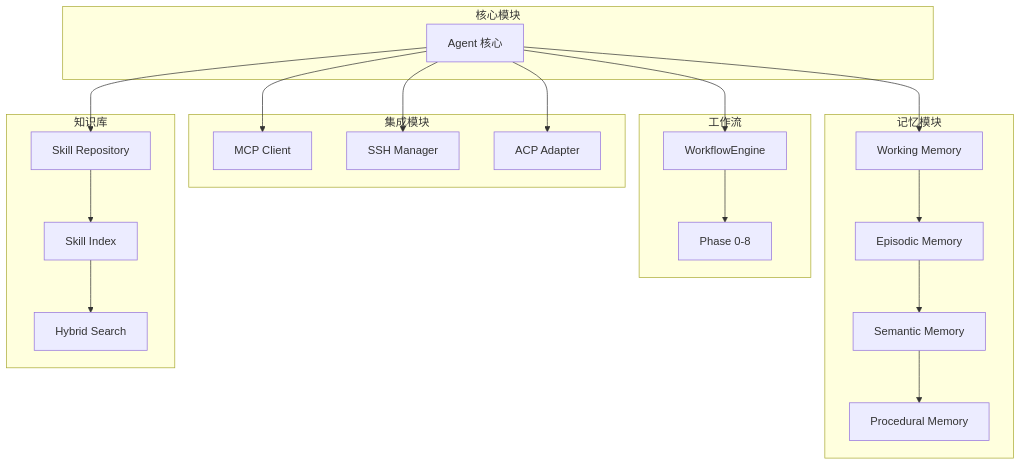
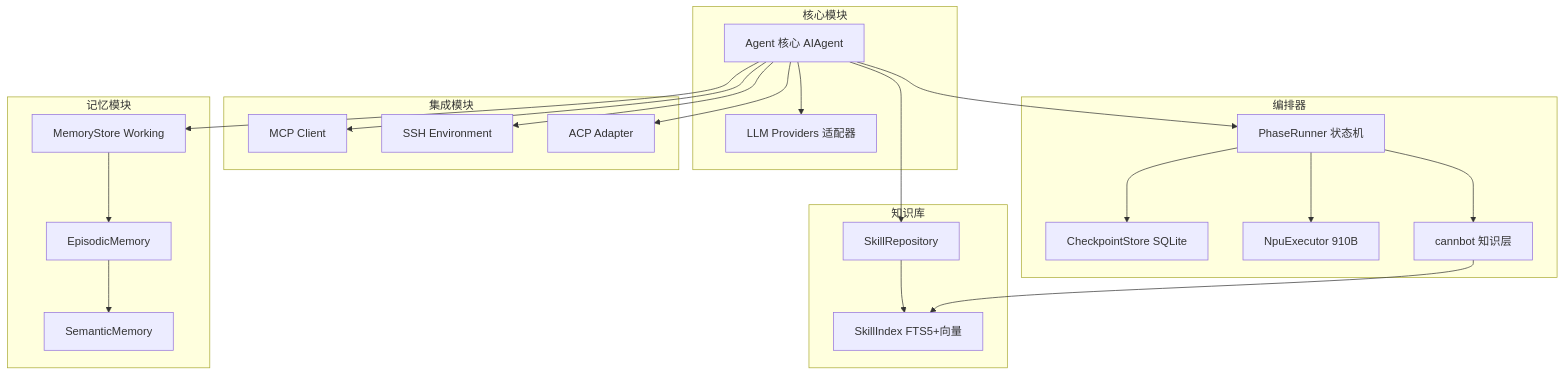
One commit to SimmerChan/ascend_op_agent changed the diagram in docs/modules/README.md. Above: the diagram before and after it, drawn with Mermaid. The commit also changed other lines of this file and 20 other files, not shown here.

````diff
--- a/docs/modules/README.md
+++ b/docs/modules/README.md
@@ -34,30 +35,33 @@
 ```mermaid
 graph TB
     subgraph Core["核心模块"]
-        A[Agent 核心]
+        A[Agent 核心 AIAgent]
+        LL[LLM Providers 适配器]
     end
 
-    subgraph Workflow["工作流"]
-        A --> B[WorkflowEngine]
-        B --> C[Phase 0-8]
+    subgraph Orchestrator["编排器"]
+        A --> PR[PhaseRunner 状态机]
+        PR --> CK[CheckpointStore SQLite]
+        PR --> NE[NpuExecutor 910B]
+        PR --> CL[cannbot 知识层]
     end
 
     subgraph Integration["集成模块"]
         A --> D[MCP Client]
-        A --> E[SSH Manager]
+        A --> E[SSH Environment]
         A --> F[ACP Adapter]
+        A --> LL
     end
 
     subgraph Memory["记忆模块"]
-        A --> G[Working Memory]
-        G --> H[Episodic Memory]
-        H --> I[Semantic Memory]
-        I --> J[Procedural Memory]
+        A --> G[MemoryStore Working]
+        G --> H[EpisodicMemory]
+        H --> I[SemanticMemory]
     end
 
     subgraph Knowledge["知识库"]
-        A --> K[Skill Repository]
-        K --> L[Skill Index]
-        L --> M[Hybrid Search]
+        A --> K[SkillRepository]
+        K --> L[SkillIndex FTS5+向量]
+        CL --> L
     end
 ```
````
